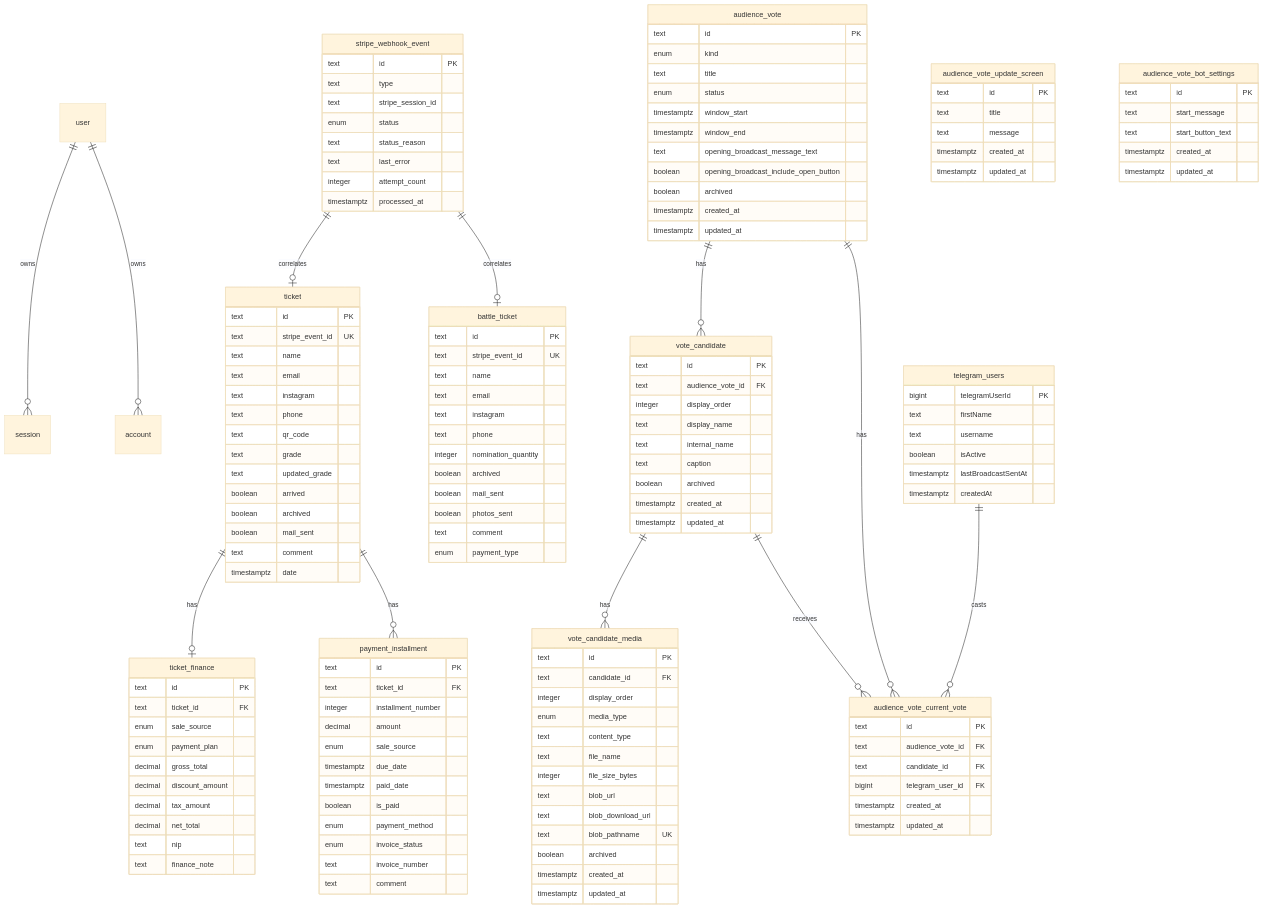
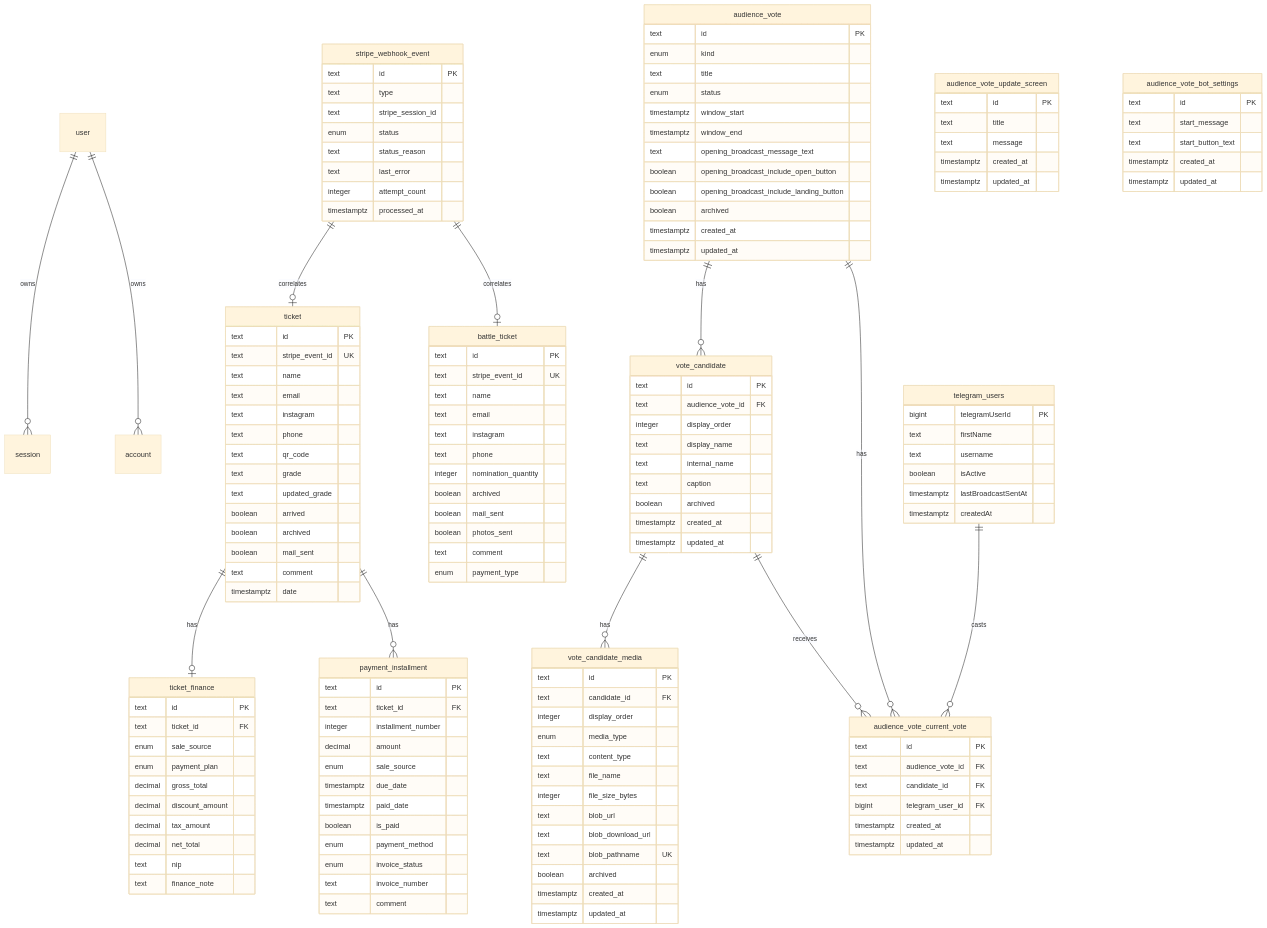
Before and after one commit to serhiihaniuk/nailmoment-dashboard: the diagram in docs/data-model.md, drawn with Mermaid (base theme). The commit also changed other lines of this file and 22 other files, not shown here.

Commit message:
Add landing link button to broadcasts

```diff
--- a/docs/data-model.md
+++ b/docs/data-model.md
@@ -113,6 +113,7 @@
     timestamptz window_end
     text opening_broadcast_message_text
     boolean opening_broadcast_include_open_button
+    boolean opening_broadcast_include_landing_button
     boolean archived
     timestamptz created_at
     timestamptz updated_at
```
